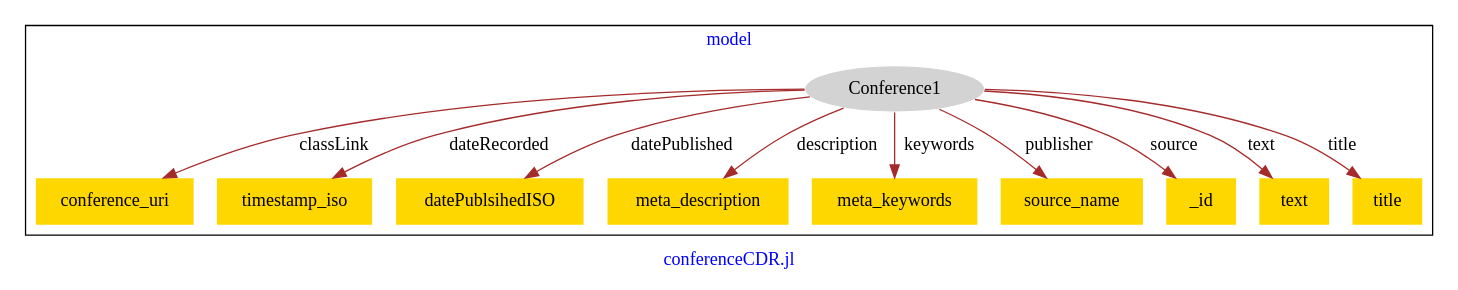
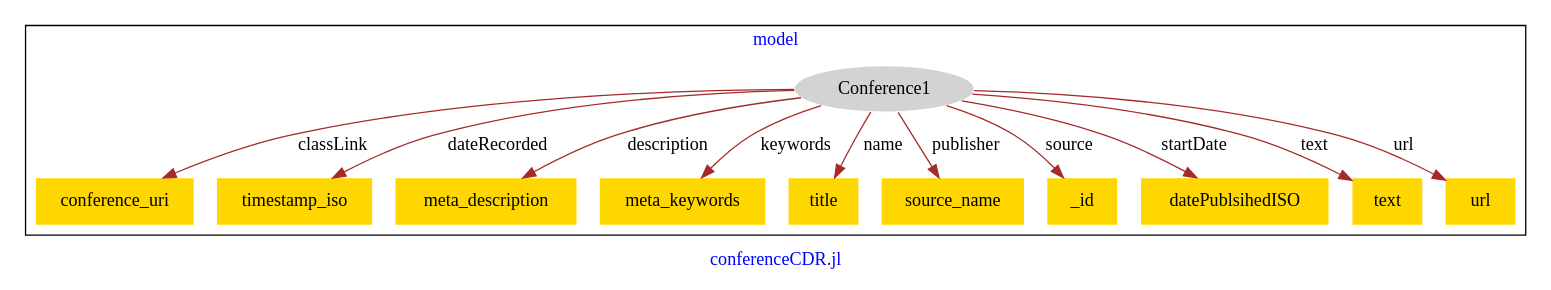
Before and after one commit to usc-isi-i2/effect-alignment: the diagram in models/hg-conference/conference-model.dot, drawn with Graphviz.

Commit message:
Update file conference-model.dot

```diff
--- a/models/hg-conference/conference-model.dot
+++ b/models/hg-conference/conference-model.dot
@@ -1,27 +1,29 @@
 digraph n0 {
 fontcolor="blue"
 remincross="true"
 label="conferenceCDR.jl"
 subgraph cluster {
 label="model"
 n2[style="filled",color="white",fillcolor="lightgray",label="Conference1"];
 n3[shape="plaintext",style="filled",fillcolor="gold",label="conference_uri"];
 n4[shape="plaintext",style="filled",fillcolor="gold",label="timestamp_iso"];
-n5[shape="plaintext",style="filled",fillcolor="gold",label="datePublsihedISO"];
-n6[shape="plaintext",style="filled",fillcolor="gold",label="meta_description"];
-n7[shape="plaintext",style="filled",fillcolor="gold",label="meta_keywords"];
+n5[shape="plaintext",style="filled",fillcolor="gold",label="meta_description"];
+n6[shape="plaintext",style="filled",fillcolor="gold",label="meta_keywords"];
+n7[shape="plaintext",style="filled",fillcolor="gold",label="title"];
 n8[shape="plaintext",style="filled",fillcolor="gold",label="source_name"];
 n9[shape="plaintext",style="filled",fillcolor="gold",label="_id"];
-n10[shape="plaintext",style="filled",fillcolor="gold",label="text"];
-n11[shape="plaintext",style="filled",fillcolor="gold",label="title"];
+n10[shape="plaintext",style="filled",fillcolor="gold",label="datePublsihedISO"];
+n11[shape="plaintext",style="filled",fillcolor="gold",label="text"];
+n12[shape="plaintext",style="filled",fillcolor="gold",label="url"];
 }
 n2 -> n3[color="brown",fontcolor="black",label="classLink"]
 n2 -> n4[color="brown",fontcolor="black",label="dateRecorded"]
-n2 -> n5[color="brown",fontcolor="black",label="datePublished"]
-n2 -> n6[color="brown",fontcolor="black",label="description"]
-n2 -> n7[color="brown",fontcolor="black",label="keywords"]
+n2 -> n5[color="brown",fontcolor="black",label="description"]
+n2 -> n6[color="brown",fontcolor="black",label="keywords"]
+n2 -> n7[color="brown",fontcolor="black",label="name"]
 n2 -> n8[color="brown",fontcolor="black",label="publisher"]
 n2 -> n9[color="brown",fontcolor="black",label="source"]
-n2 -> n10[color="brown",fontcolor="black",label="text"]
-n2 -> n11[color="brown",fontcolor="black",label="title"]
+n2 -> n10[color="brown",fontcolor="black",label="startDate"]
+n2 -> n11[color="brown",fontcolor="black",label="text"]
+n2 -> n12[color="brown",fontcolor="black",label="url"]
 }
```
